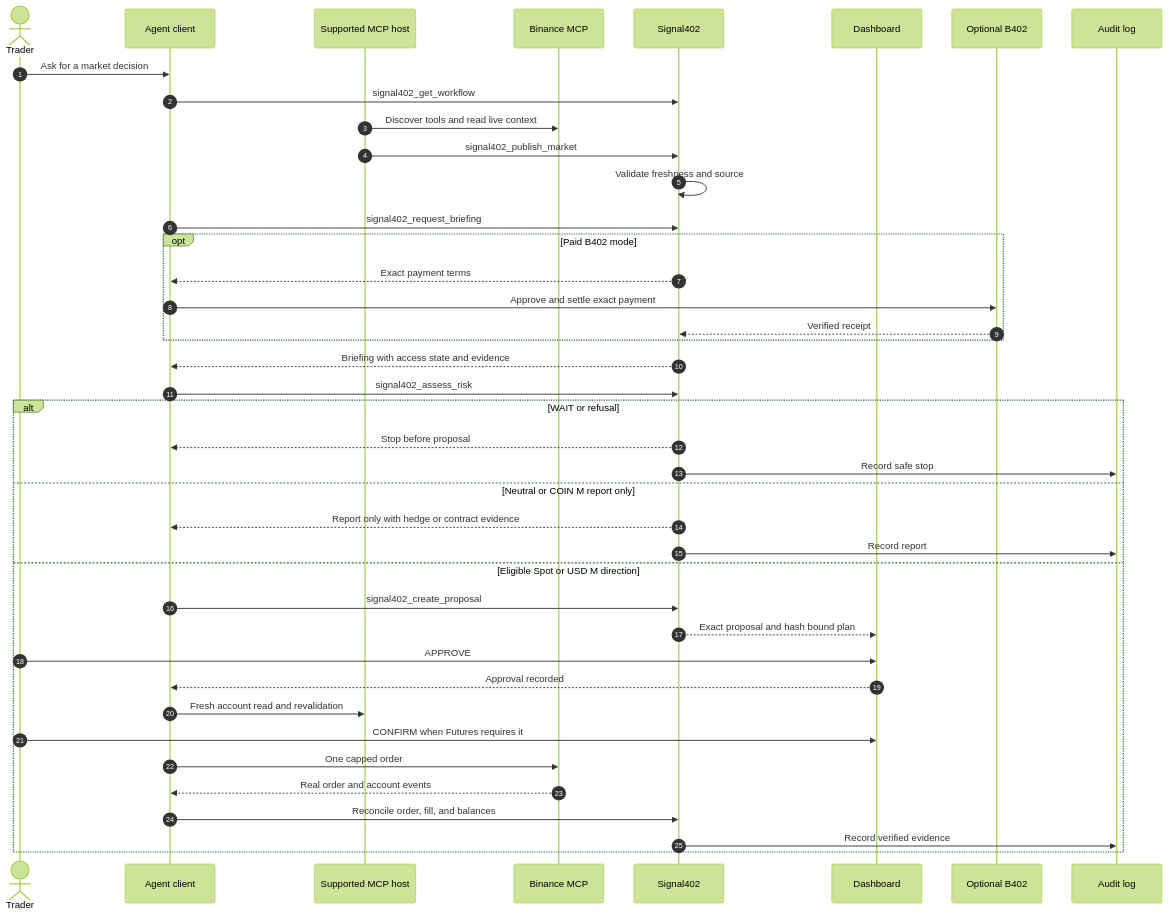
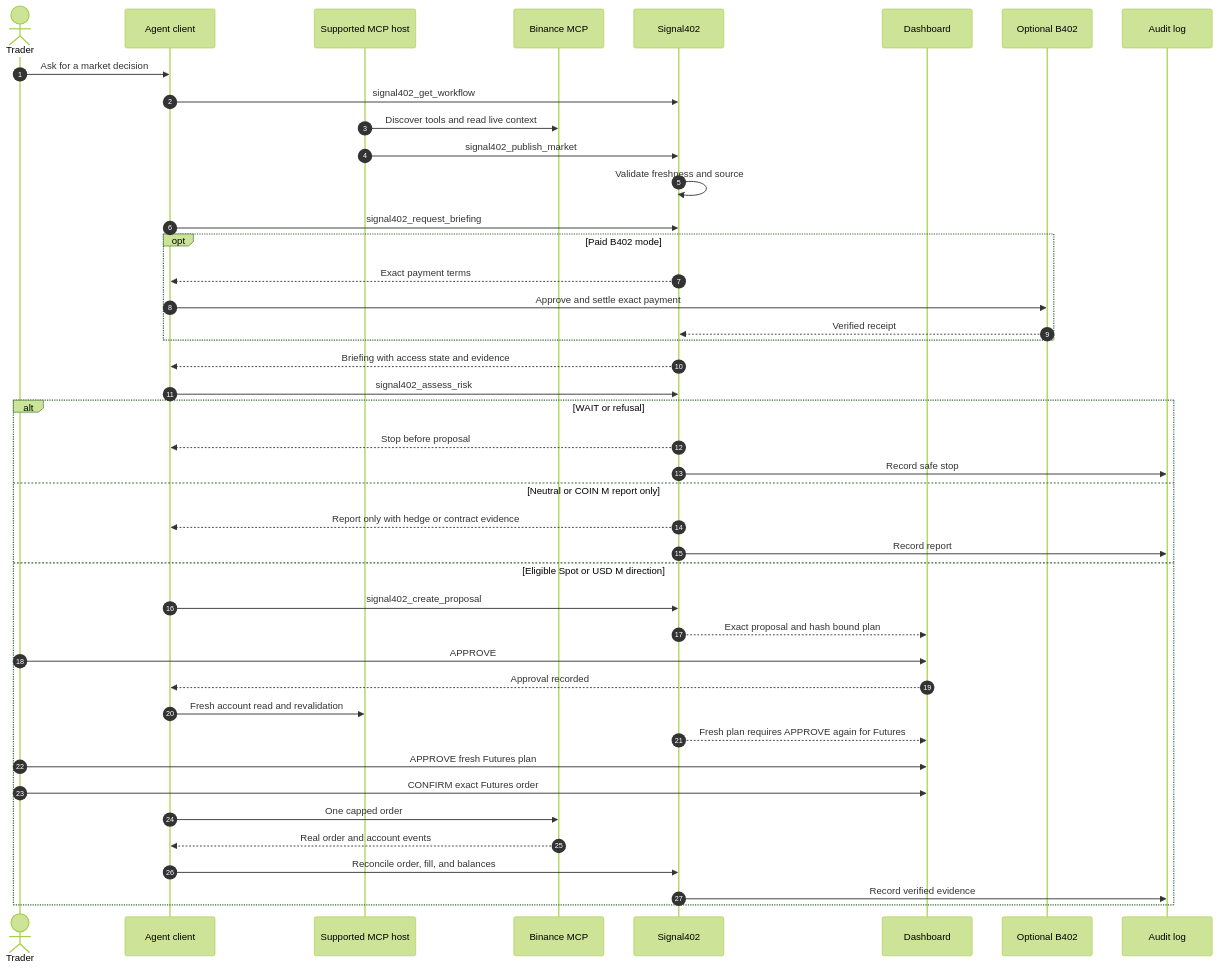
Before and after one commit to Teecash96/Signal402: the second of 2 diagrams in docs/architecture.md, drawn with Mermaid (forest theme). The commit also changed 14 other files, not shown here.

````diff
--- a/docs/architecture.md
+++ b/docs/architecture.md
@@ -76,47 +76,49 @@
 ```mermaid
 sequenceDiagram
   autonumber
   actor Trader
   participant Agent as Agent client
   participant Host as Supported MCP host
   participant Binance as Binance MCP
   participant Signal as Signal402
   participant Dashboard
   participant B402 as Optional B402
   participant Audit as Audit log
 
   Trader->>Agent: Ask for a market decision
   Agent->>Signal: signal402_get_workflow
   Host->>Binance: Discover tools and read live context
   Host->>Signal: signal402_publish_market
   Signal->>Signal: Validate freshness and source
   Agent->>Signal: signal402_request_briefing
 
   opt Paid B402 mode
     Signal-->>Agent: Exact payment terms
     Agent->>B402: Approve and settle exact payment
     B402-->>Signal: Verified receipt
   end
 
   Signal-->>Agent: Briefing with access state and evidence
   Agent->>Signal: signal402_assess_risk
 
   alt WAIT or refusal
     Signal-->>Agent: Stop before proposal
     Signal->>Audit: Record safe stop
   else Neutral or COIN M report only
     Signal-->>Agent: Report only with hedge or contract evidence
     Signal->>Audit: Record report
   else Eligible Spot or USD M direction
     Agent->>Signal: signal402_create_proposal
     Signal-->>Dashboard: Exact proposal and hash bound plan
     Trader->>Dashboard: APPROVE
     Dashboard-->>Agent: Approval recorded
     Agent->>Host: Fresh account read and revalidation
-    Trader->>Dashboard: CONFIRM when Futures requires it
+    Signal-->>Dashboard: Fresh plan requires APPROVE again for Futures
+    Trader->>Dashboard: APPROVE fresh Futures plan
+    Trader->>Dashboard: CONFIRM exact Futures order
     Agent->>Binance: One capped order
     Binance-->>Agent: Real order and account events
     Agent->>Signal: Reconcile order, fill, and balances
     Signal->>Audit: Record verified evidence
   end
 ```
````
